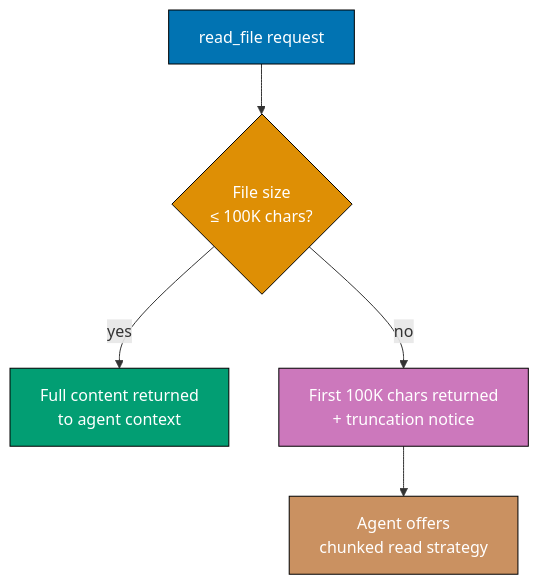
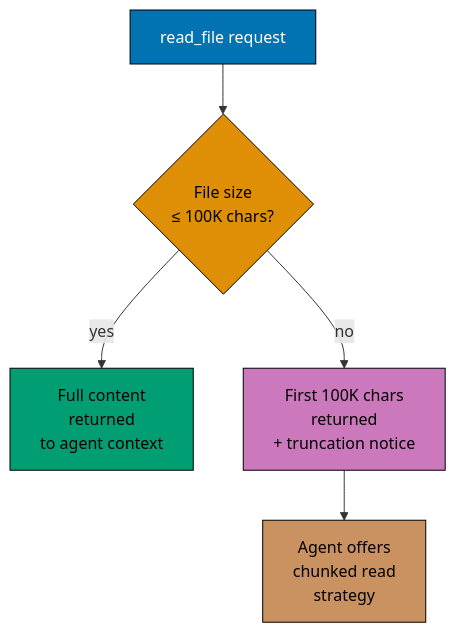
One commit to wahidyankf/ose-public changed the seventh of 14 diagrams in apps/ayokoding-www/content/en/learn/legacy/artificial-intelligence/tools/hermes-agent/by-example/advanced.md. Above: the diagram before and after it, drawn with Mermaid. The commit also changed other lines of this file and 50 other files, not shown here.

First line of the commit message:
fix(mermaid): bring the docs, governance, plans, and legacy AI diagrams onto the accessible palette

````diff
--- a/apps/ayokoding-www/content/en/learn/legacy/artificial-intelligence/tools/hermes-agent/by-example/advanced.md
+++ b/apps/ayokoding-www/content/en/learn/legacy/artificial-intelligence/tools/hermes-agent/by-example/advanced.md
@@ -761,19 +807,27 @@
 ```mermaid
 %% Color Palette: Blue #0173B2, Orange #DE8F05, Teal #029E73, Purple #CC78BC, Brown #CA9161
 graph TD
+    accTitle: Example 66: File Read Limits
+    accDescr: Graph with 5 nodes and 4 connections. Nodes: read_file request, File size ≤ 100K chars?, Full content returned to agent context, First 100K chars returned + truncation notice, Agent offers chunked read strategy. Connections: read_file request to File size ≤ 100K chars?, File size ≤ 100K chars? to Full content returned to agent context (yes), File size ≤ 100K chars? to First 100K chars returned + truncation notice (no), First 100K chars returned + truncation notice to Agent offers chunked read strategy.
     A["read_file request"]
-    B{"File size\n≤ 100K chars?"}
-    C["Full content returned<br/>to agent context"]
-    D["First 100K chars returned<br/>+ truncation notice"]
-    E["Agent offers<br/>chunked read strategy"]
+    B{"File size<br/>≤ 100K chars?"}
+    C["Full content<br/>returned<br/>to agent context"]
+    D["First 100K chars<br/>returned<br/>+ truncation notice"]
+    E["Agent offers<br/>chunked read<br/>strategy"]
 
     A --> B
     B -->|"yes"| C
     B -->|"no"| D --> E
 
-    style A fill:#0173B2,stroke:#000,color:#fff
-    style B fill:#DE8F05,stroke:#000,color:#fff
-    style C fill:#029E73,stroke:#000,color:#fff
-    style D fill:#CC78BC,stroke:#000,color:#fff
-    style E fill:#CA9161,stroke:#000,color:#fff
+    classDef pal-0173B2 fill:#0173B2,stroke:#000000,color:#FFFFFF
+    class A pal-0173B2
+    classDef pal-DE8F05 fill:#DE8F05,stroke:#000000,color:#000000
+    class B pal-DE8F05
+    classDef pal-029E73 fill:#029E73,stroke:#000000,color:#000000
+    class C pal-029E73
+    classDef pal-CC78BC fill:#CC78BC,stroke:#000000,color:#000000
+    class D pal-CC78BC
+    classDef pal-CA9161 fill:#CA9161,stroke:#000000,color:#000000
+    class E pal-CA9161
+    classDef default fill:#FFFFFF,stroke:#000000,color:#000000
 ```
````
